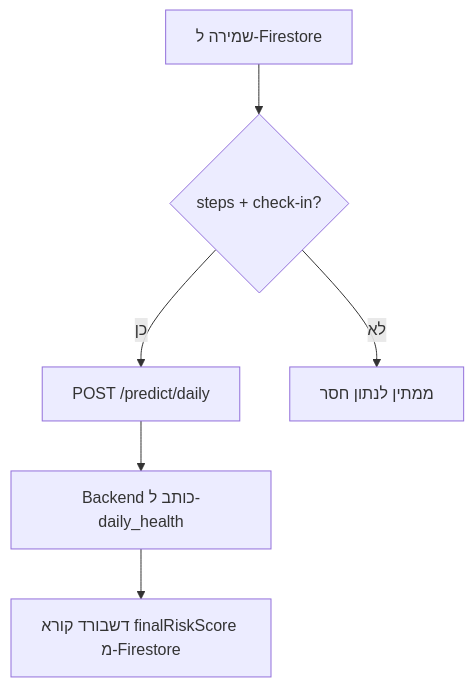
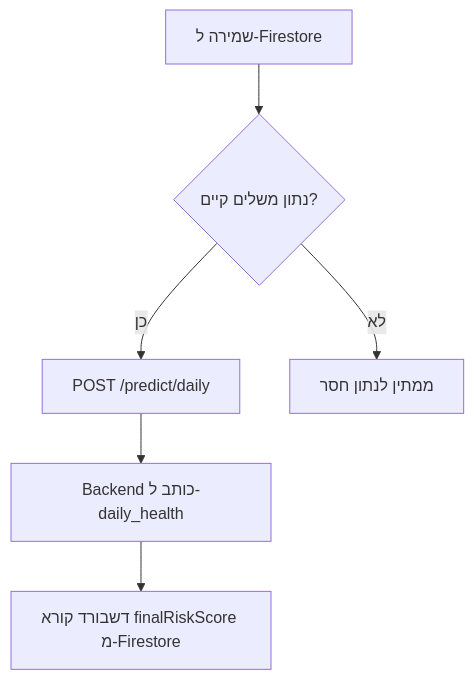
The first of 4 diagrams in docs/LLD_PROJECT.md (yahav97/final_project_AthleAgent), drawn with Mermaid before and after one commit. The commit also changed other lines of this file and 10 other files, not shown here.

````diff
--- a/docs/LLD_PROJECT.md
+++ b/docs/LLD_PROJECT.md
@@ -134,8 +134,8 @@
 ```mermaid
 flowchart TD
-    Save[שמירה ל-Firestore] --> Check{steps + check-in?}
+    Save[שמירה ל-Firestore] --> Check{נתון משלים קיים?}
     Check -->|כן| API[POST /predict/daily]
     Check -->|לא| Wait[ממתין לנתון חסר]
     API --> FS[Backend כותב ל-daily_health]
     FS --> UI[דשבורד קורא finalRiskScore מ-Firestore]
 ```
````
